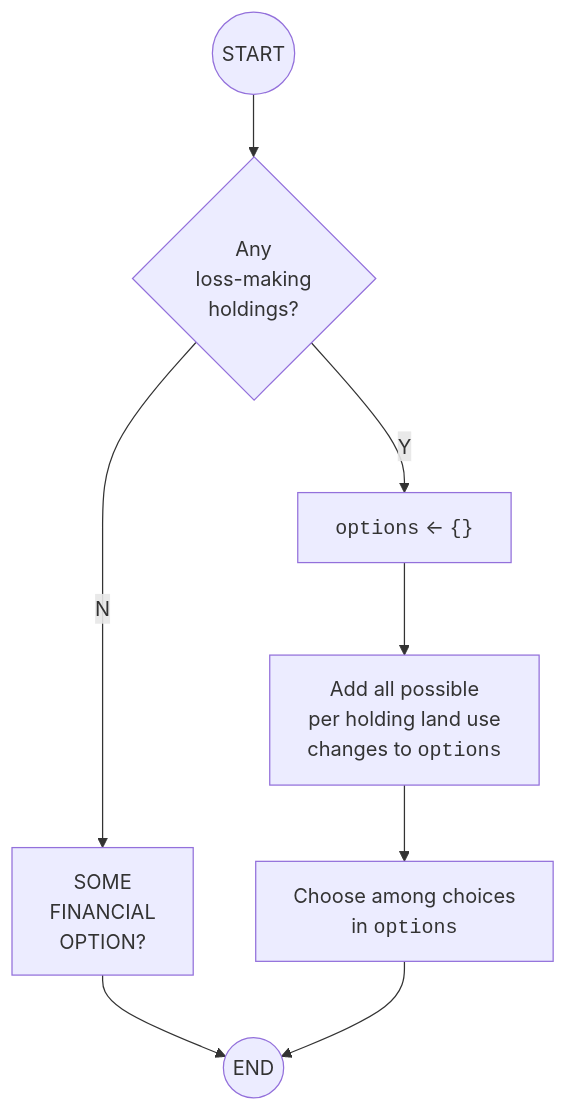
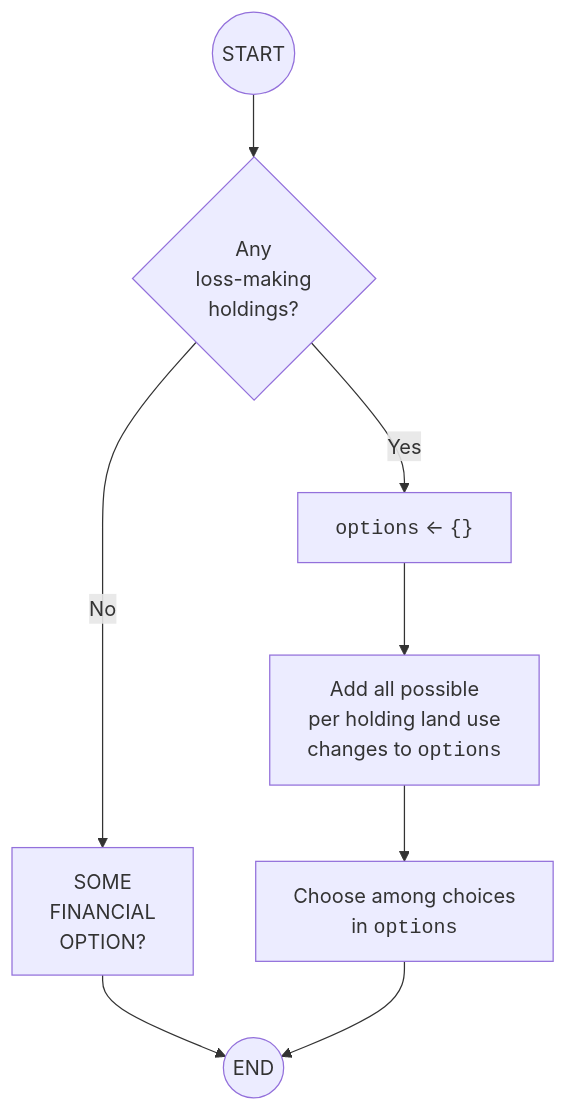
The diagram in model-description/documents/03c-survival-mode.qmd (DOSull/moving-the-middle-abm), drawn with Mermaid before and after one commit. The commit also changed 38 other files, not shown here.

````diff
--- a/model-description/documents/03c-survival-mode.qmd
+++ b/model-description/documents/03c-survival-mode.qmd
@@ -29,18 +29,18 @@
 ```{mermaid}
 flowchart TB
   A((START))
   F{Any<br>loss-making<br>holdings?}
   G["<span style='font-family:monospace'>options</span> &larr; <span style='font-family:monospace'> #123;#125; </span>"]
   H[SOME<br>FINANCIAL<br>OPTION?]
   J[Add all possible<br>per holding land use<br>changes to <span style="font-family:monospace;">options</span>]
   K[Choose among choices<br>in  <span style="font-family:monospace;">options</span>]
   Z((END))
   A --> F
-  F -->|Y| G
-  F -->|N| H
+  F -->|Yes| G
+  F -->|No| H
   H --> Z
   G --> J
   J --> K
   K --> Z
   click L "05-farmer-decisions-interventions.html" "Click for details"
 ```
````
